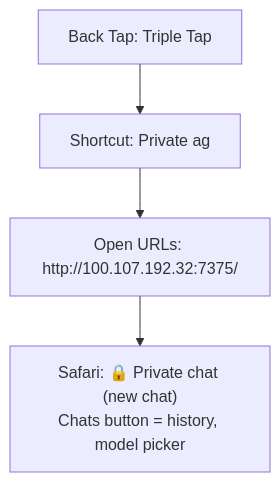
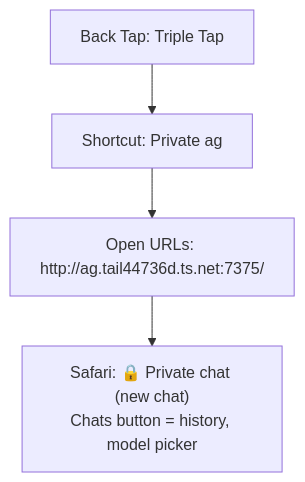
Before and after one commit to koerschner/ag: the diagram in ios-shortcuts/private-ag.md, drawn with Mermaid. The commit also changed other lines of this file and 6 other files, not shown here.

Commit message:
iOS Shortcuts point at ag.tail44736d.ts.net (edited via computer use on ag-mac); remove ag-legacy-forward

````diff
--- a/ios-shortcuts/private-ag.md
+++ b/ios-shortcuts/private-ag.md
@@ -8,6 +8,6 @@
 ```mermaid
 flowchart TD
     A["Back Tap: Triple Tap"] --> B["Shortcut: Private ag"]
-    B --> C["Open URLs: http://100.107.192.32:7375/"]
+    B --> C["Open URLs: http://ag.tail44736d.ts.net:7375/"]
     C --> D["Safari: 🔒 Private chat (new chat)<br/>Chats button = history, model picker"]
 ```
````
